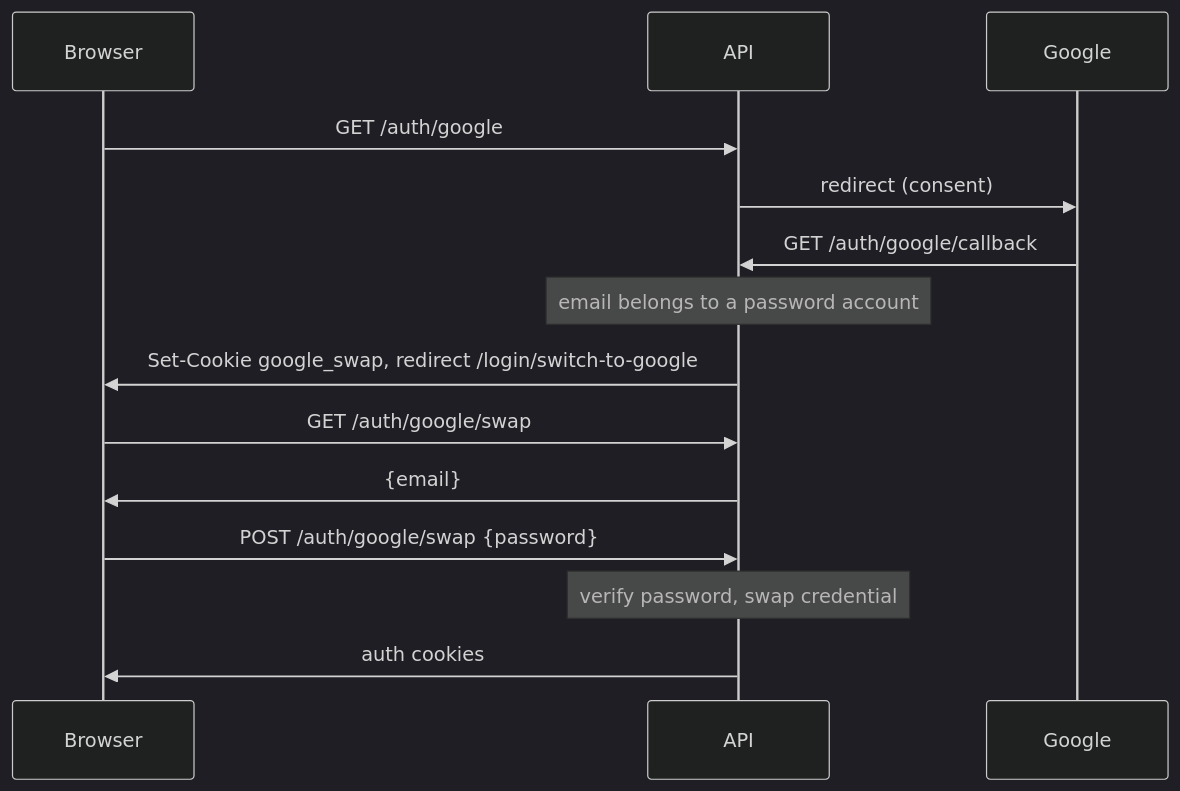
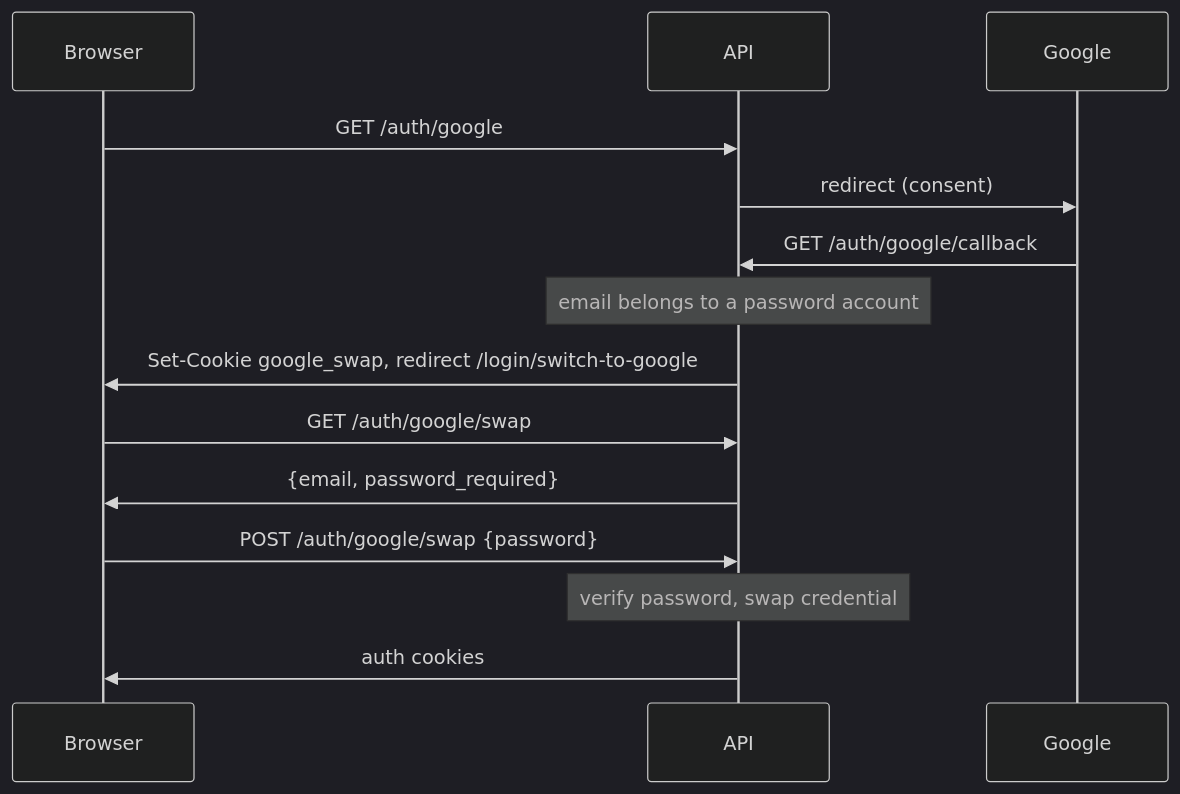
Before and after one commit to fpacifici/assistant: the first of 2 diagrams in docs/architecture/authentication.md, drawn with Mermaid (dark theme). The commit also changed other lines of this file and 22 other files, not shown here.

````diff
--- a/docs/architecture/authentication.md
+++ b/docs/architecture/authentication.md
@@ -117,16 +123,16 @@
 ```mermaid
 sequenceDiagram
     participant B as Browser
     participant A as API
     participant G as Google
     B->>A: GET /auth/google
     A->>G: redirect (consent)
     G->>A: GET /auth/google/callback
     Note over A: email belongs to a password account
     A->>B: Set-Cookie google_swap, redirect /login/switch-to-google
     B->>A: GET /auth/google/swap
-    A->>B: {email}
+    A->>B: {email, password_required}
     B->>A: POST /auth/google/swap {password}
     Note over A: verify password, swap credential
     A->>B: auth cookies
 ```
````
